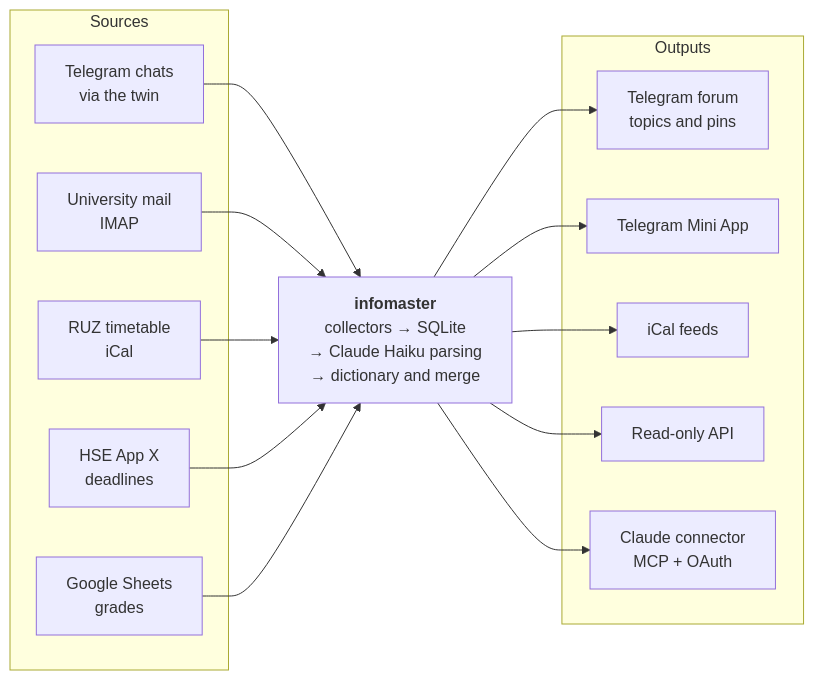
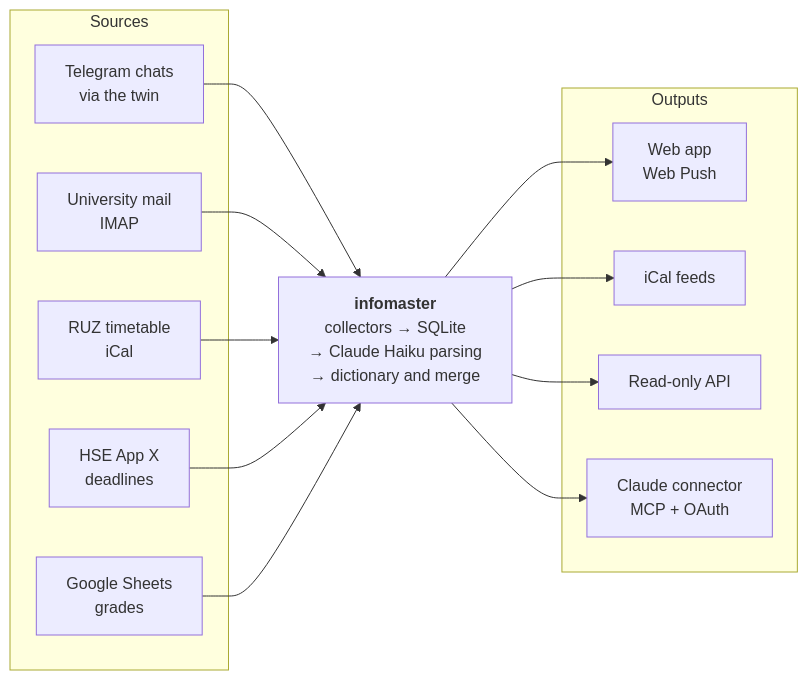
The diagram in README.md (IvanIkra/infomaster), drawn with Mermaid before and after one commit. The commit also changed other lines of this file and 3 other files, not shown here.

First line of the commit message:
Docs: the web app in place of the forum and the Mini App (D69)

````diff
--- a/README.md
+++ b/README.md
@@ -42,20 +42,19 @@
 ```mermaid
 flowchart LR
     subgraph Sources
         TG[Telegram chats<br/>via the twin]
         MAIL[University mail<br/>IMAP]
         RUZ[RUZ timetable<br/>iCal]
         HSE[HSE App X<br/>deadlines]
         GS[Google Sheets<br/>grades]
     end
     CORE[<b>infomaster</b><br/>collectors → SQLite<br/>→ Claude Haiku parsing<br/>→ dictionary and merge]
     subgraph Outputs
-        FORUM[Telegram forum<br/>topics and pins]
-        APP[Telegram Mini App]
+        APP[Web app<br/>Web Push]
         ICS[iCal feeds]
         API[Read-only API]
         MCP[Claude connector<br/>MCP + OAuth]
     end
     TG & MAIL & RUZ & HSE & GS --> CORE
-    CORE --> FORUM & APP & ICS & API & MCP
+    CORE --> APP & ICS & API & MCP
 ```
````
